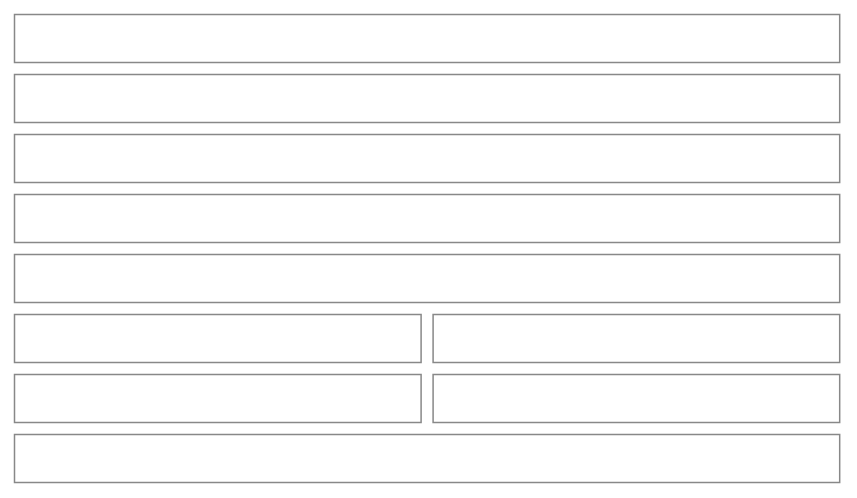
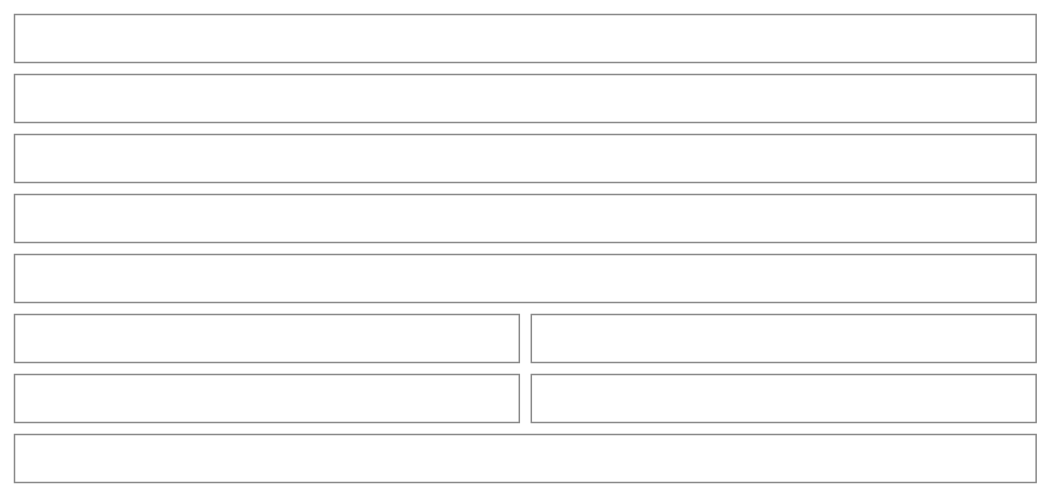
Before and after one commit to NovaMoonX/moondreams-dev-apps: the sixth of 55 diagrams in src/apps/pinch/UX.md, drawn with Mermaid. The commit also changed other lines of this file and 5 other files, not shown here.

````diff
--- a/src/apps/pinch/UX.md
+++ b/src/apps/pinch/UX.md
@@ -267,25 +267,25 @@
 ```mermaid
 %%{init: {'theme': 'base', 'themeVariables': {'primaryColor': 'transparent', 'primaryBorderColor': '#888888', 'primaryTextColor': '#333333', 'lineColor': '#888888'}}}%%
 block-beta
   columns 2
   C1["‹   Oct 15 – 21   ›   Month [ Week ]"]:2
   C2["Next 7 days · 20 meals              $5.05 so far ⚠ ›"]:2
   C2b["Avg per meal so far $0.30 · Daily average 🔥 1850 💪 92g (smaller, muted)"]:2
   C3["Earlier, Oct 11–14 · 3 meals   ⌄"]:2
   C4["( Today ) ›            +"]:2
   C5["🍳 Banana · Breakfast"]:1
   C6["No price yet"]:1
-  C7["🍝 Adobo chicken & 1 more · Dinner"]:1
+  C7["🍝 Adobo chicken & Cilantro lime rice · Dinner"]:1
   C8["$0.15+"]:1
   C9["Tomorrow ›             +"]:2
   style C1 fill:transparent,stroke:#888888,stroke-width:1px;
   style C2 fill:transparent,stroke:#888888,stroke-width:1px;
   style C2b fill:transparent,stroke:#888888,stroke-width:1px;
   style C3 fill:transparent,stroke:#888888,stroke-width:1px;
   style C4 fill:transparent,stroke:#888888,stroke-width:1px;
   style C5 fill:transparent,stroke:#888888,stroke-width:1px;
   style C6 fill:transparent,stroke:#888888,stroke-width:1px;
   style C7 fill:transparent,stroke:#888888,stroke-width:1px;
   style C8 fill:transparent,stroke:#888888,stroke-width:1px;
   style C9 fill:transparent,stroke:#888888,stroke-width:1px;
 ```
````
